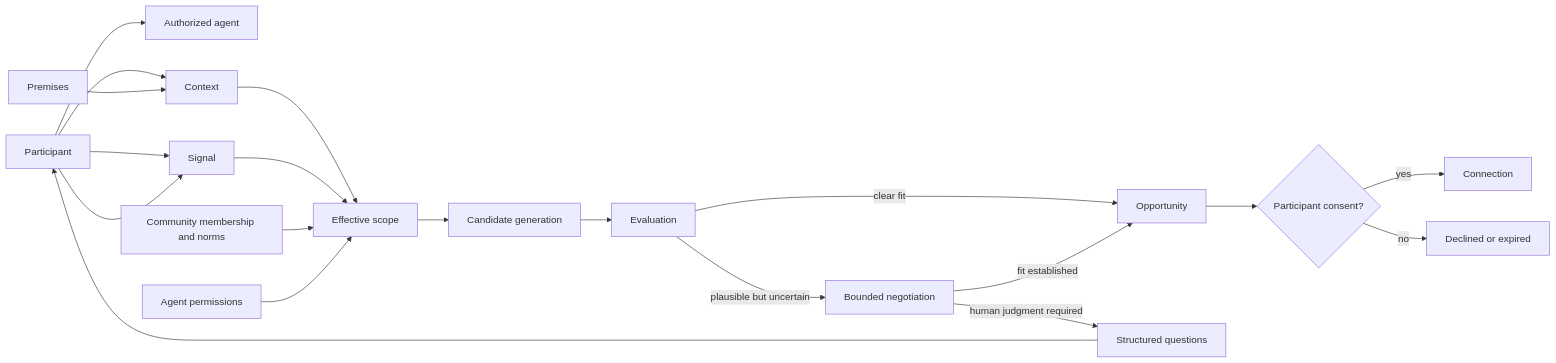
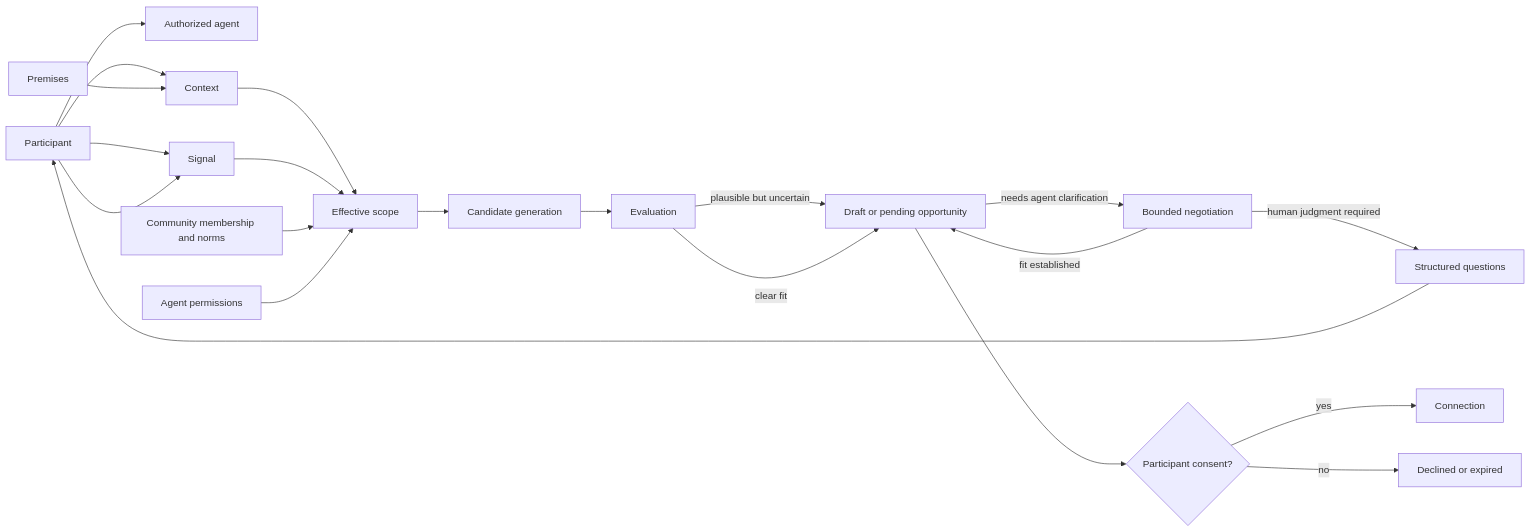
The first of 6 diagrams in packages/protocol/README.md (indexnetwork/index), drawn with Mermaid before and after one commit. The commit also changed other lines of this file, not shown here.

````diff
--- a/packages/protocol/README.md
+++ b/packages/protocol/README.md
@@ -21,25 +21,26 @@
 ```mermaid
 flowchart LR
     Participant[Participant] --> Agent[Authorized agent]
     Participant --> Context[Context]
     Participant --> Signal[Signal]
 
     Premises[Premises] --> Context
     Context --> Scope[Effective scope]
     Signal --> Scope
     Community[Community membership and norms] --> Scope
     AgentScope[Agent permissions] --> Scope
 
     Scope --> CandidateGeneration[Candidate generation]
     CandidateGeneration --> Evaluation[Evaluation]
-    Evaluation -->|plausible but uncertain| Negotiation[Bounded negotiation]
-    Evaluation -->|clear fit| Opportunity[Opportunity]
+    Evaluation -->|plausible but uncertain| Opportunity[Draft or negotiating opportunity]
+    Evaluation -->|clear fit| Opportunity[Draft or pending opportunity]
+    Opportunity -->|needs agent clarification| Negotiation[Bounded negotiation]
     Negotiation -->|fit established| Opportunity
     Negotiation -->|human judgment required| Questions[Structured questions]
     Questions --> Participant
     Participant --> Signal
 
     Opportunity --> Consent{Participant consent?}
     Consent -->|yes| Connection[Connection]
     Consent -->|no| Terminal[Declined or expired]
 ```
````
